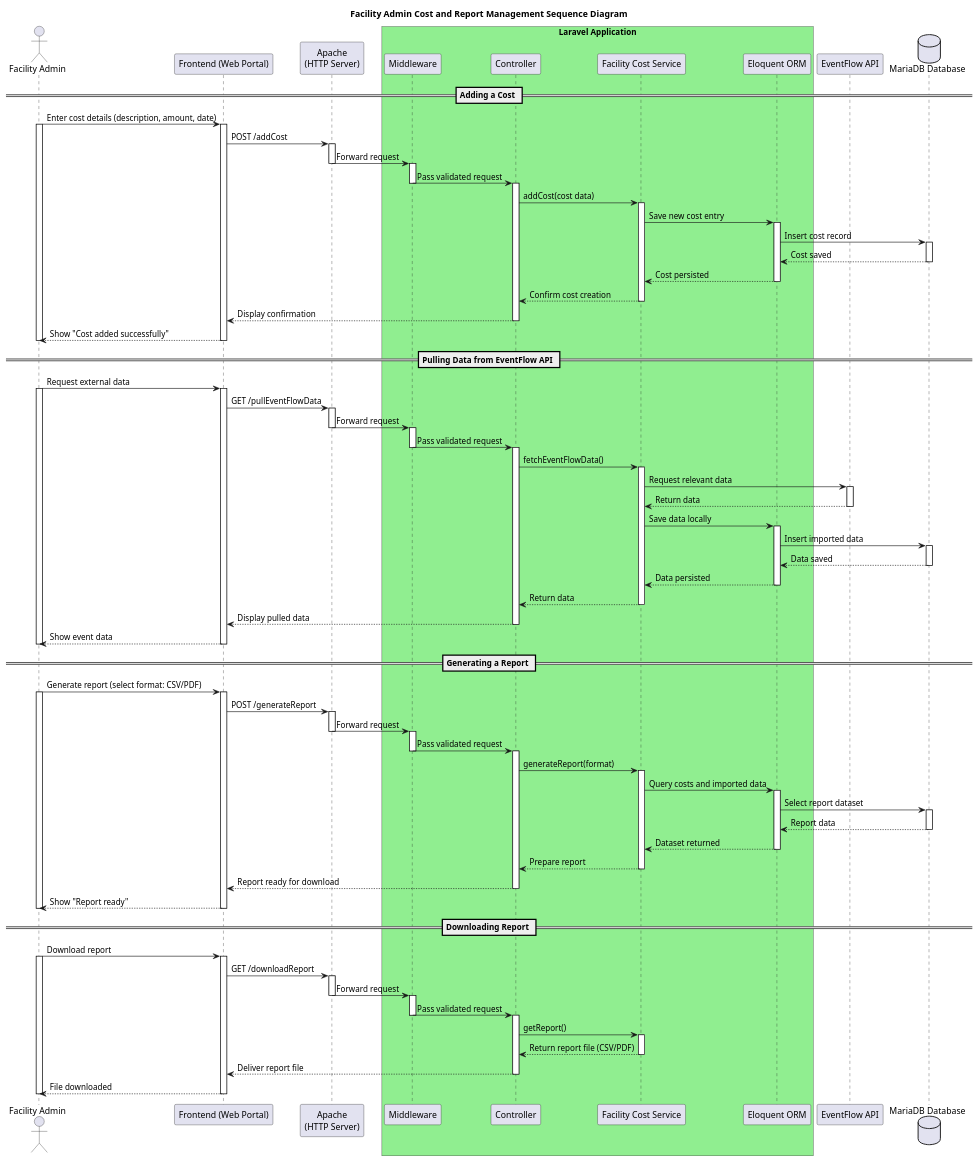
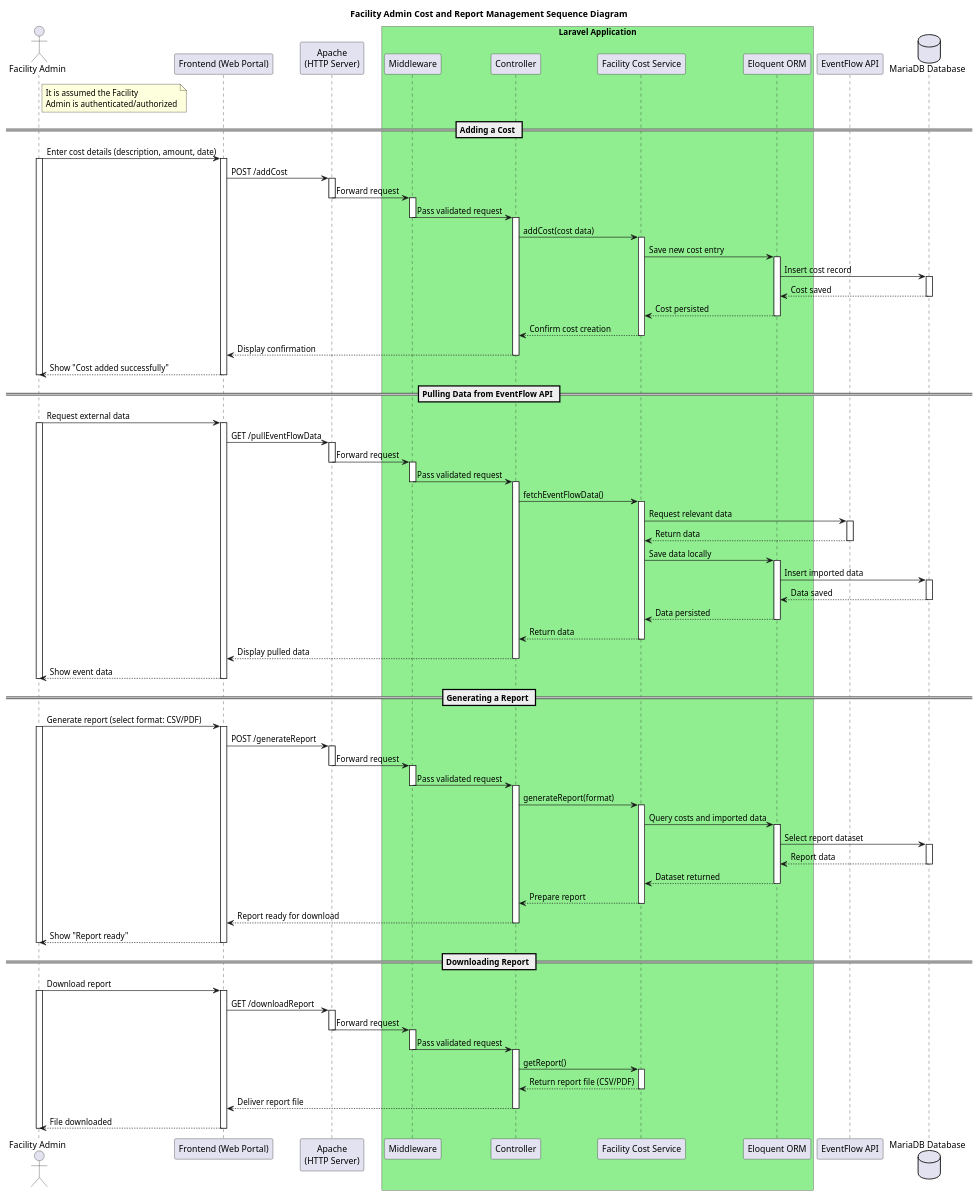
The diagram in sequenceDiagram/Facility_Admin_Control_Sequence_Diagram.puml (JanPerez35/PlantUML), drawn with PlantUML before and after one commit. The commit also changed 8 other files, not shown here.

```diff
--- a/sequenceDiagram/Facility_Admin_Control_Sequence_Diagram.puml
+++ b/sequenceDiagram/Facility_Admin_Control_Sequence_Diagram.puml
@@ -1,160 +1,165 @@
 @startuml
 
 title Facility Admin Cost and Report Management Sequence Diagram
 
 actor "Facility Admin" as Admin
 
 participant "Frontend (Web Portal)" as FE
 participant "Apache\n(HTTP Server)" as Apache
 
 box "Laravel Application" #LightGreen
   participant "Middleware" as MW
   participant "Controller" as C
   participant "Facility Cost Service" as Service
   participant "Eloquent ORM" as ORM
 end box
+
+note right of Admin
+It is assumed the Facility
+Admin is authenticated/authorized
+end note
 
 participant "EventFlow API" as EventFlow
 database "MariaDB Database" as DB
 
 == Adding a Cost ==
 Admin -> FE: Enter cost details (description, amount, date)
 activate Admin
 activate FE
 
 FE -> Apache: POST /addCost
 activate Apache
 Apache -> MW: Forward request
 deactivate Apache
 
 activate MW
 MW -> C: Pass validated request
 deactivate MW
 
 activate C
 C -> Service: addCost(cost data)
 activate Service
 
 Service -> ORM: Save new cost entry
 activate ORM
 ORM -> DB: Insert cost record
 activate DB
 DB --> ORM: Cost saved
 deactivate DB
 ORM --> Service: Cost persisted
 deactivate ORM
 
 Service --> C: Confirm cost creation
 deactivate Service
 C --> FE: Display confirmation
 deactivate C
 
 FE --> Admin: Show "Cost added successfully"
 deactivate FE
 deactivate Admin
 
 == Pulling Data from EventFlow API ==
 Admin -> FE: Request external data
 activate Admin
 activate FE
 
 FE -> Apache: GET /pullEventFlowData
 activate Apache
 Apache -> MW: Forward request
 deactivate Apache
 
 activate MW
 MW -> C: Pass validated request
 deactivate MW
 
 activate C
 C -> Service: fetchEventFlowData()
 activate Service
 
 Service -> EventFlow: Request relevant data
 activate EventFlow
 EventFlow --> Service: Return data
 deactivate EventFlow
 
 Service -> ORM: Save data locally
 activate ORM
 ORM -> DB: Insert imported data
 activate DB
 DB --> ORM: Data saved
 deactivate DB
 ORM --> Service: Data persisted
 deactivate ORM
 
 Service --> C: Return data
 deactivate Service
 C --> FE: Display pulled data
 deactivate C
 
 FE --> Admin: Show event data
 deactivate FE
 deactivate Admin
 
 == Generating a Report ==
 Admin -> FE: Generate report (select format: CSV/PDF)
 activate Admin
 activate FE
 
 FE -> Apache: POST /generateReport
 activate Apache
 Apache -> MW: Forward request
 deactivate Apache
 
 activate MW
 MW -> C: Pass validated request
 deactivate MW
 
 activate C
 C -> Service: generateReport(format)
 activate Service
 
 Service -> ORM: Query costs and imported data
 activate ORM
 ORM -> DB: Select report dataset
 activate DB
 DB --> ORM: Report data
 deactivate DB
 ORM --> Service: Dataset returned
 deactivate ORM
 
 Service --> C: Prepare report
 deactivate Service
 C --> FE: Report ready for download
 deactivate C
 
 FE --> Admin: Show "Report ready"
 deactivate FE
 deactivate Admin
 
 == Downloading Report ==
 Admin -> FE: Download report
 activate Admin
 activate FE
 
 FE -> Apache: GET /downloadReport
 activate Apache
 Apache -> MW: Forward request
 deactivate Apache
 
 activate MW
 MW -> C: Pass validated request
 deactivate MW
 
 activate C
 C -> Service: getReport()
 activate Service
 
 Service --> C: Return report file (CSV/PDF)
 deactivate Service
 C --> FE: Deliver report file
 deactivate C
 
 FE --> Admin: File downloaded
 deactivate FE
 deactivate Admin
 
 @enduml
```
